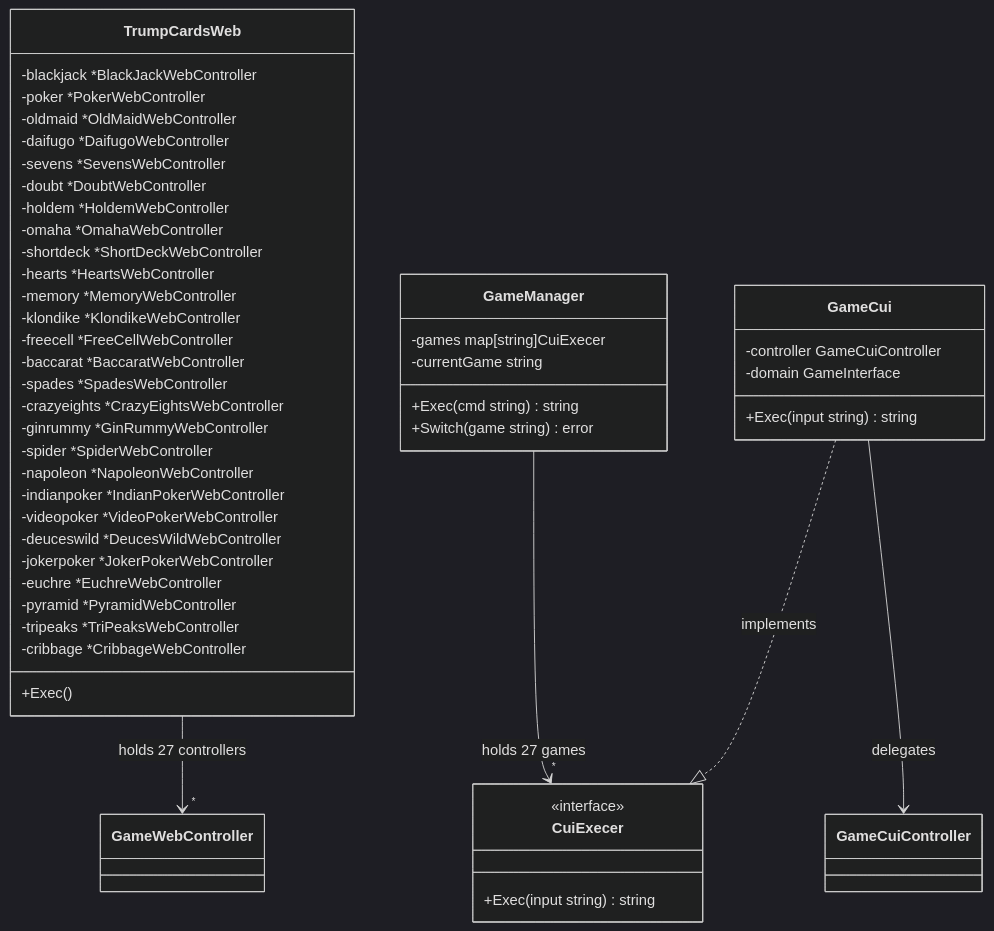
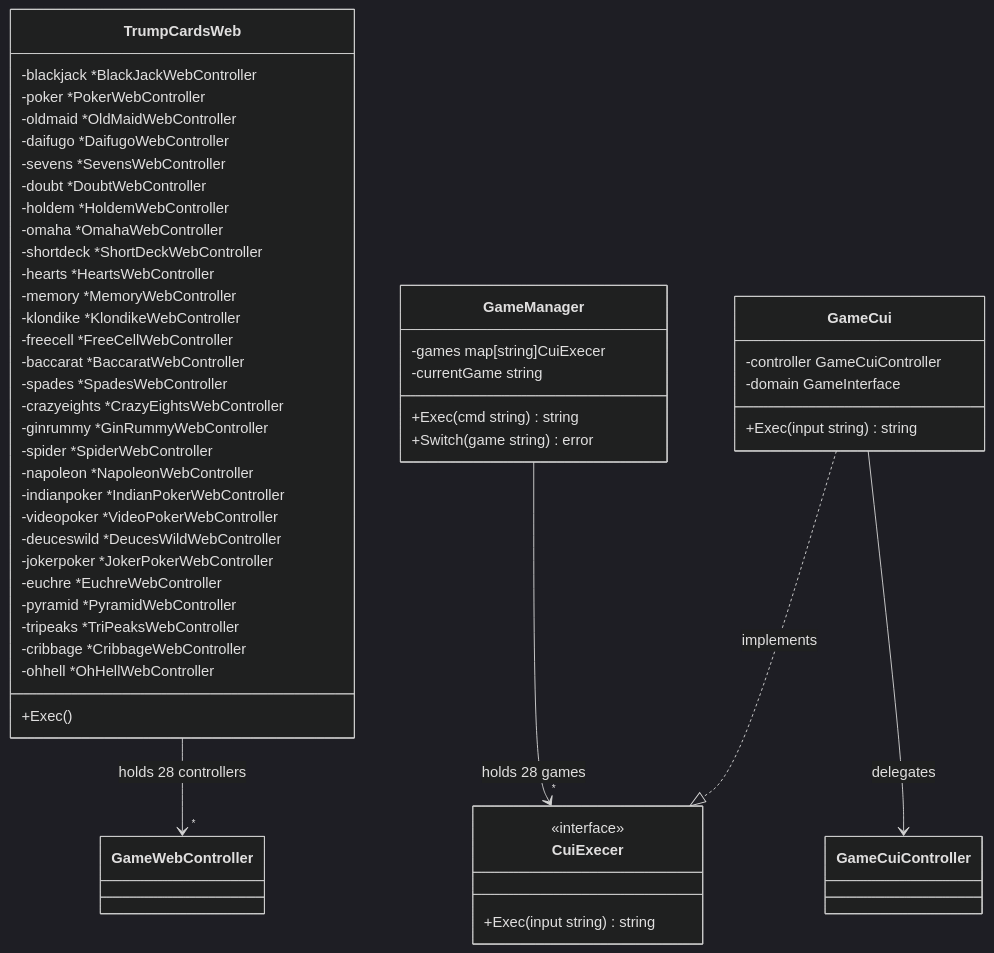
Before and after one commit to yuta-yoshinaga/go_trumpcards: diagram 11 of 35 in docs/design/backend.md, drawn with Mermaid (dark theme). The commit also changed other lines of this file and 53 other files, not shown here.

First line of the commit message:
feat: add Oh Hell game

````diff
--- a/docs/design/backend.md
+++ b/docs/design/backend.md
@@ -863,56 +892,57 @@
 ```mermaid
 classDiagram
     class TrumpCardsWeb {
         -blackjack *BlackJackWebController
         -poker *PokerWebController
         -oldmaid *OldMaidWebController
         -daifugo *DaifugoWebController
         -sevens *SevensWebController
         -doubt *DoubtWebController
         -holdem *HoldemWebController
         -omaha *OmahaWebController
         -shortdeck *ShortDeckWebController
         -hearts *HeartsWebController
         -memory *MemoryWebController
         -klondike *KlondikeWebController
         -freecell *FreeCellWebController
         -baccarat *BaccaratWebController
         -spades *SpadesWebController
         -crazyeights *CrazyEightsWebController
         -ginrummy *GinRummyWebController
         -spider *SpiderWebController
         -napoleon *NapoleonWebController
         -indianpoker *IndianPokerWebController
         -videopoker *VideoPokerWebController
         -deuceswild *DeucesWildWebController
         -jokerpoker *JokerPokerWebController
         -euchre *EuchreWebController
         -pyramid *PyramidWebController
         -tripeaks *TriPeaksWebController
         -cribbage *CribbageWebController
+        -ohhell *OhHellWebController
         +Exec()
     }
 
     class GameManager {
         -games map[string]CuiExecer
         -currentGame string
         +Exec(cmd string) string
         +Switch(game string) error
     }
 
     class CuiExecer {
         <<interface>>
         +Exec(input string) string
     }
 
     class GameCui {
         -controller GameCuiController
         -domain GameInterface
         +Exec(input string) string
     }
 
-    TrumpCardsWeb --> "*" GameWebController : holds 27 controllers
-    GameManager --> "*" CuiExecer : holds 27 games
+    TrumpCardsWeb --> "*" GameWebController : holds 28 controllers
+    GameManager --> "*" CuiExecer : holds 28 games
     GameCui ..|> CuiExecer : implements
     GameCui --> GameCuiController : delegates
 ```
````
